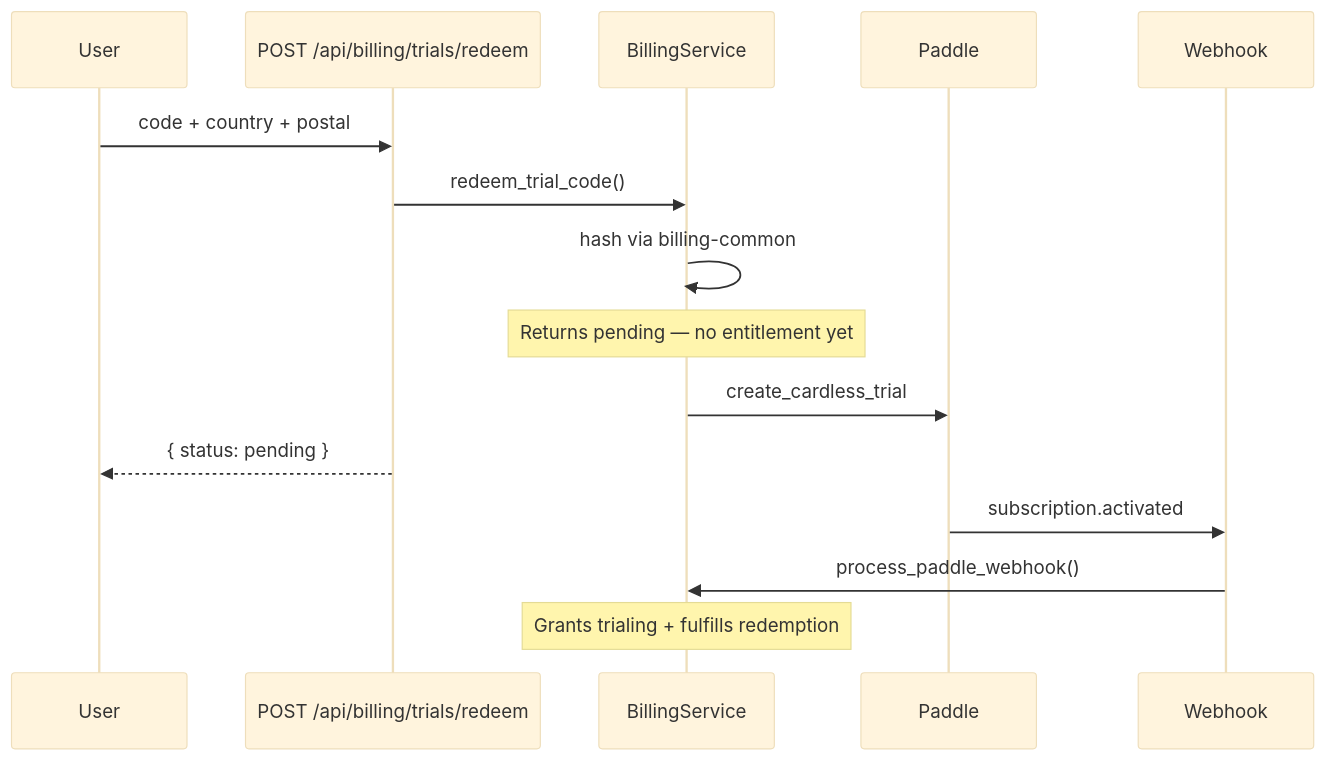
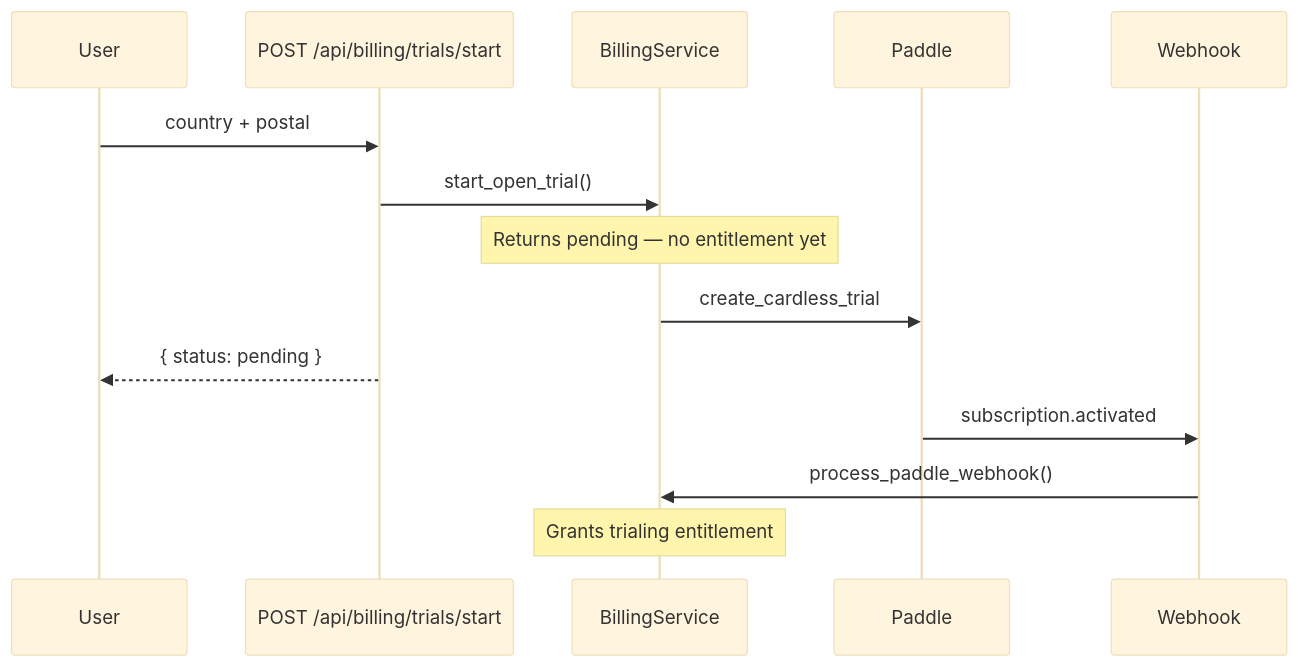
One commit to TwoBitFoundry/sumurai changed the third of 3 diagrams in docs/PRODUCTION_BILLING.md. Above: the diagram before and after it, drawn with Mermaid (base theme). The commit also changed other lines of this file and 16 other files, not shown here.

First line of the commit message:
chore: remove trial-codes CLI and billing-common (open-paddle-trials-cleanup Phase 2).

````diff
--- a/docs/PRODUCTION_BILLING.md
+++ b/docs/PRODUCTION_BILLING.md
@@ -160,18 +134,17 @@
 ```mermaid
 sequenceDiagram
     participant User
-    participant API as POST /api/billing/trials/redeem
+    participant API as POST /api/billing/trials/start
     participant Billing as BillingService
     participant Paddle
     participant WH as Webhook
 
-    User->>API: code + country + postal
-    API->>Billing: redeem_trial_code()
-    Billing->>Billing: hash via billing-common
+    User->>API: country + postal
+    API->>Billing: start_open_trial()
     Note over Billing: Returns pending — no entitlement yet
     Billing->>Paddle: create_cardless_trial
     API-->>User: { status: pending }
     Paddle->>WH: subscription.activated
     WH->>Billing: process_paddle_webhook()
-    Note over Billing: Grants trialing + fulfills redemption
+    Note over Billing: Grants trialing entitlement
 ```
````
